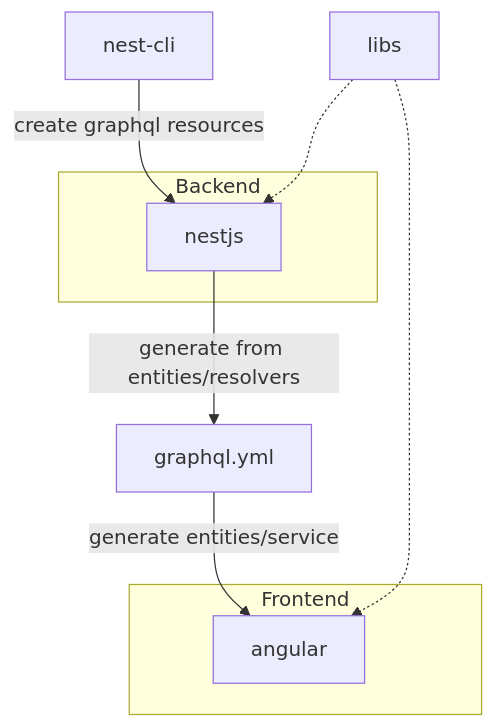
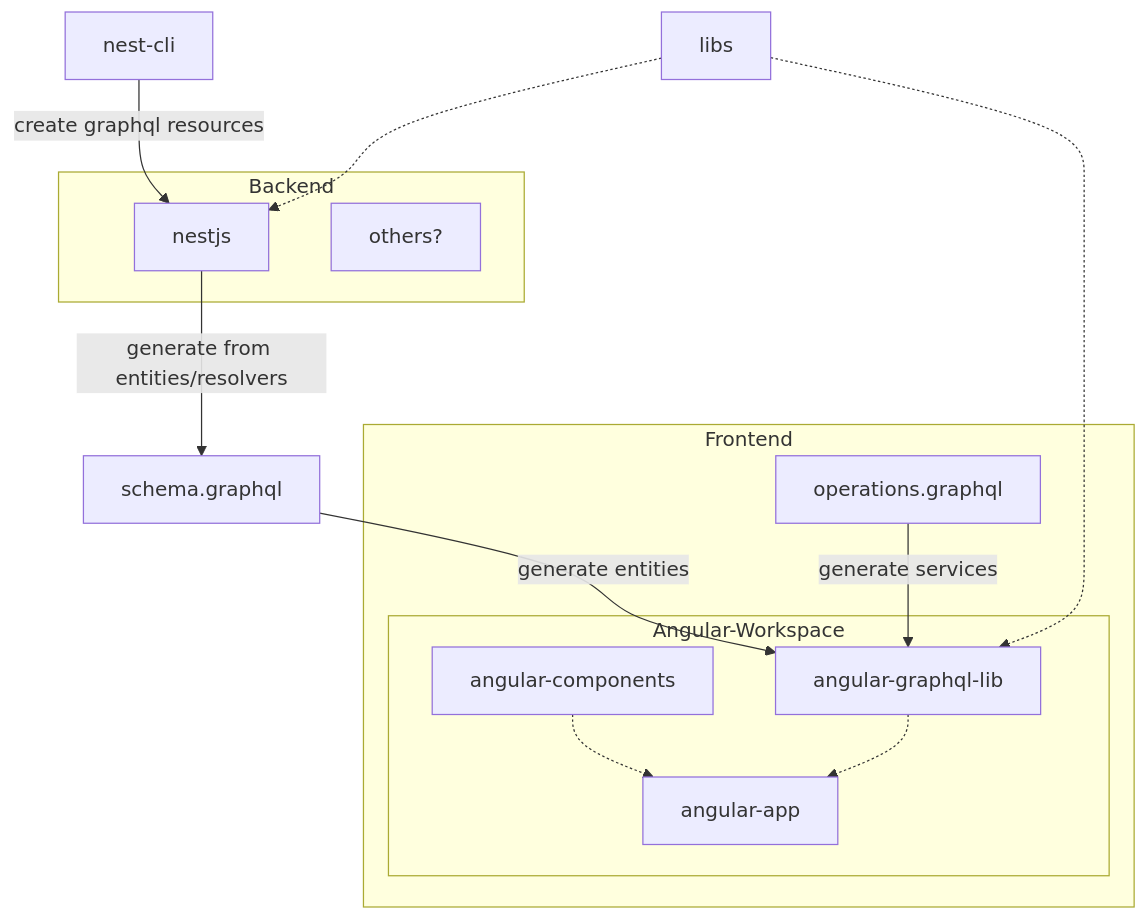
Before and after one commit to lovepocky-home/solution-fullstack-starter: the diagram in README.md, drawn with Mermaid. The commit also changed other lines of this file and 55 other files, not shown here.

Commit message:
feat(ng): use angular workspace

````diff
--- a/README.md
+++ b/README.md
@@ -5,22 +5,28 @@
 ```mermaid
 flowchart TB
   libs
 
-  graphql.yml
-
   subgraph Frontend
-    angular
+    subgraph Angular-Workspace
+      angular[angular-graphql-lib]
+      angular-app
+      angular-components -.-> angular-app
+      angular -.-> angular-app
+    end
+    operations.graphql
   end
 
   subgraph Backend
     nestjs
+    others?
   end
   nest-cli -- create graphql resources--> nestjs
-  nestjs -- generate from entities/resolvers --> graphql.yml
+  nestjs -- generate from entities/resolvers --> schema.graphql
 
-  graphql.yml -- generate entities/service --> angular
+  schema.graphql -- generate entities --> angular
+  operations.graphql -- generate services --> angular
 
   libs -.-> nestjs
   libs -.-> angular
 
 ```
````
